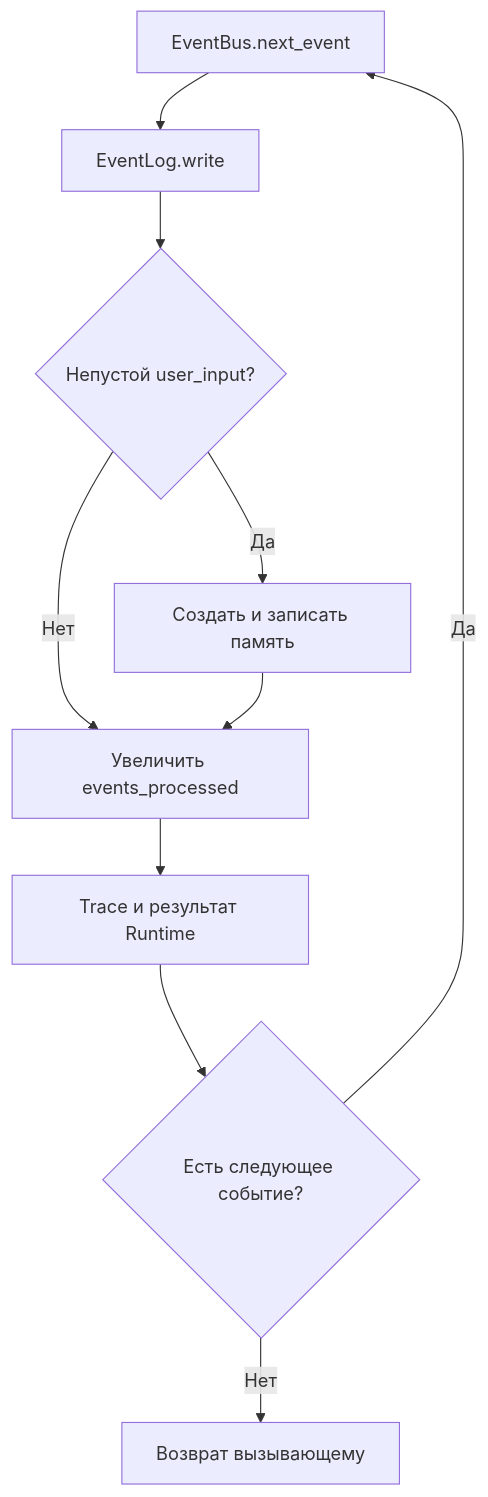
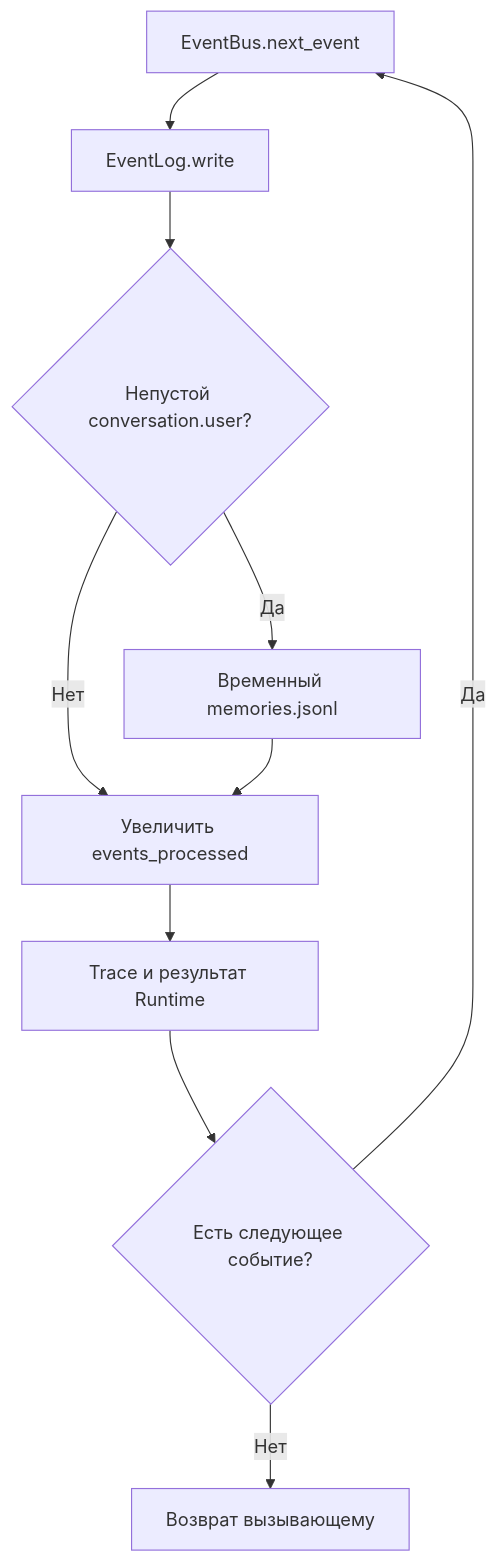
The diagram in docs/ARCHITECTURE/README.md (VankoRokh/ANIMA), drawn with Mermaid before and after one commit. The commit also changed other lines of this file, not shown here.

````diff
--- a/docs/ARCHITECTURE/README.md
+++ b/docs/ARCHITECTURE/README.md
@@ -34,12 +38,12 @@
 ```mermaid
 flowchart TD
     Q["EventBus.next_event"] --> L["EventLog.write"]
-    L --> F{"Непустой user_input?"}
-    F -->|Да| M["Создать и записать память"]
+    L --> F{"Непустой conversation.user?"}
+    F -->|Да| M["Временный memories.jsonl"]
     F -->|Нет| S["Увеличить events_processed"]
     M --> S
     S --> T["Trace и результат Runtime"]
     T --> N{"Есть следующее событие?"}
     N -->|Да| Q
     N -->|Нет| E["Возврат вызывающему"]
 ```
````
